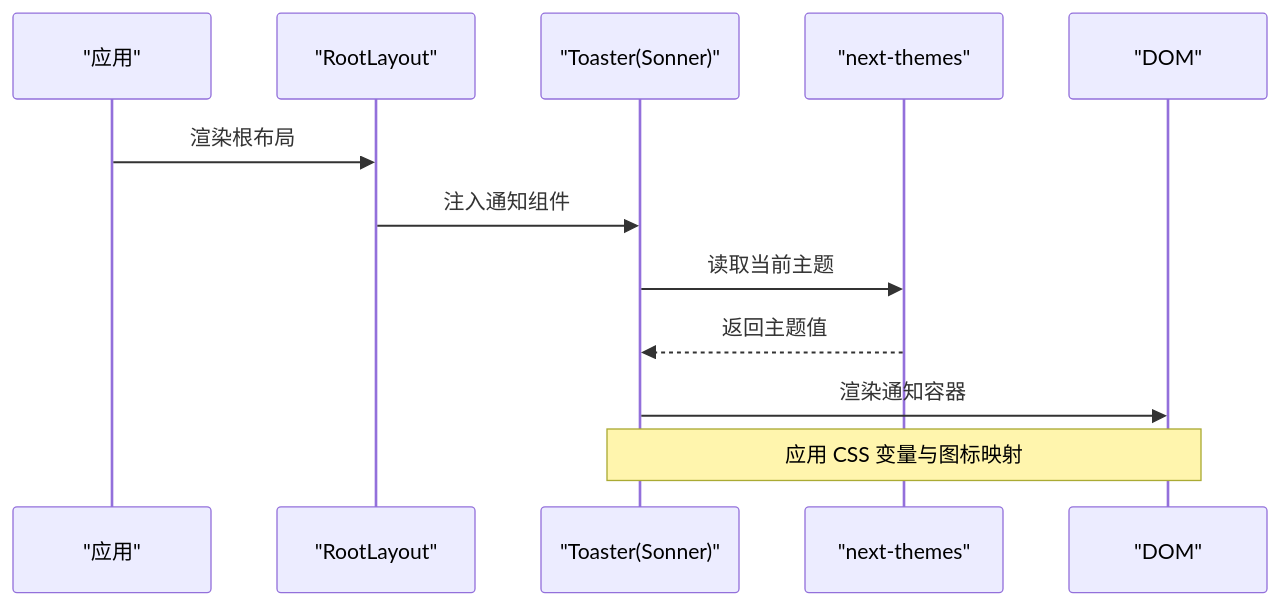
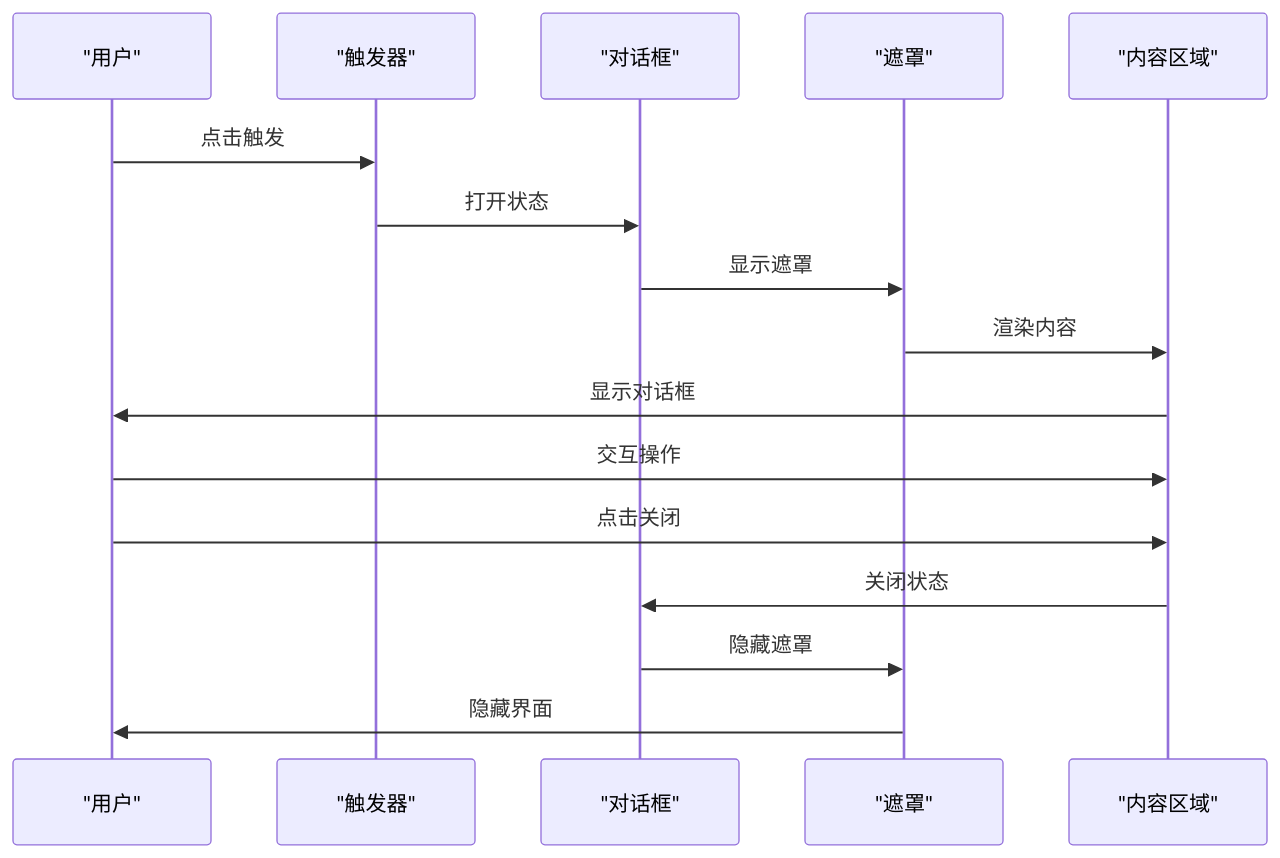
Before and after one commit to three3638-arch/celestia_2b: the fourth of 6 diagrams in .qoder/repowiki/zh/content/UI组件库/UI组件库.md, drawn with Mermaid. The commit also changed other lines of this file and 17 other files, not shown here.

````diff
--- a/.qoder/repowiki/zh/content/UI组件库/UI组件库.md
+++ b/.qoder/repowiki/zh/content/UI组件库/UI组件库.md
@@ -230,14 +253,18 @@
 ```mermaid
 sequenceDiagram
-participant App as "应用"
-participant Layout as "RootLayout"
-participant Toaster as "Toaster(Sonner)"
-participant Theme as "next-themes"
-participant DOM as "DOM"
-App->>Layout : 渲染根布局
-Layout->>Toaster : 注入通知组件
-Toaster->>Theme : 读取当前主题
-Theme-->>Toaster : 返回主题值
-Toaster->>DOM : 渲染通知容器
-Note over Toaster,DOM : 应用 CSS 变量与图标映射
+participant User as "用户"
+participant Trigger as "触发器"
+participant Dialog as "对话框"
+participant Overlay as "遮罩"
+participant Content as "内容区域"
+User->>Trigger : 点击触发
+Trigger->>Dialog : 打开状态
+Dialog->>Overlay : 显示遮罩
+Overlay->>Content : 渲染内容
+Content->>User : 显示对话框
+User->>Content : 交互操作
+User->>Content : 点击关闭
+Content->>Dialog : 关闭状态
+Dialog->>Overlay : 隐藏遮罩
+Overlay->>User : 隐藏界面
 ```
````
